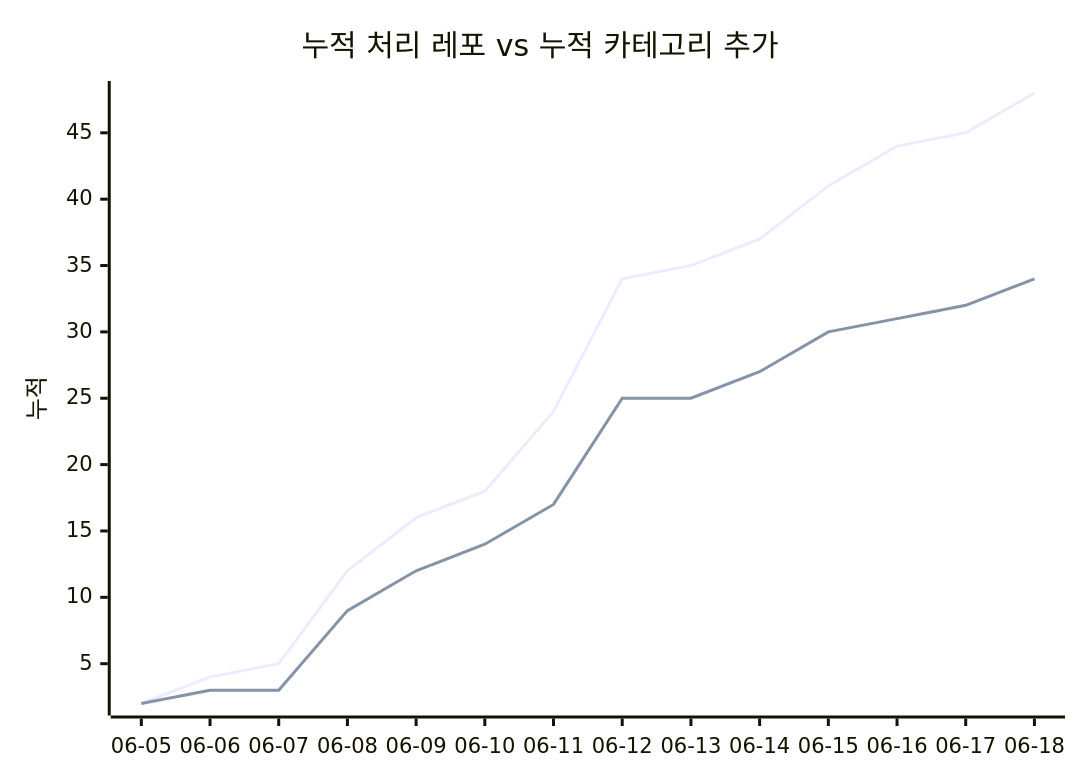
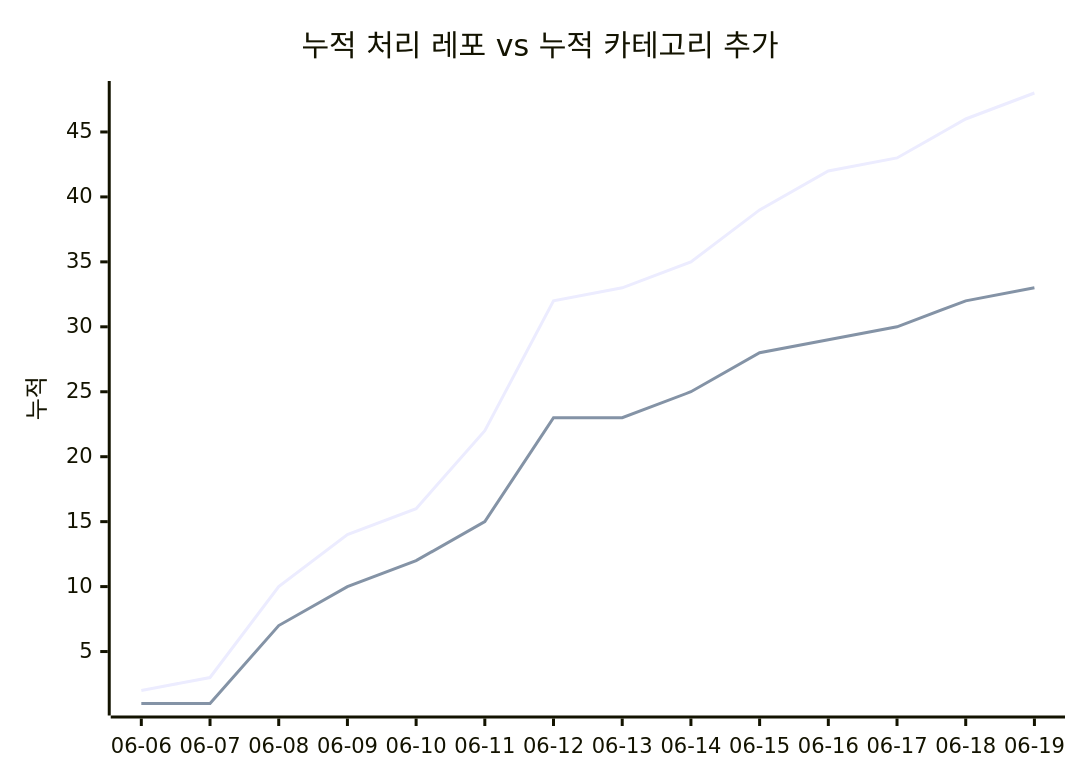
The second of 2 diagrams in docs/trends.md (J-nowcow/awesome-korean-agent-skills), drawn with Mermaid before and after one commit. The commit also changed other lines of this file and 4 other files, not shown here.

````diff
--- a/docs/trends.md
+++ b/docs/trends.md
@@ -68,8 +68,8 @@
 ```mermaid
 xychart-beta
     title "누적 처리 레포 vs 누적 카테고리 추가"
-    x-axis ["06-05","06-06","06-07","06-08","06-09","06-10","06-11","06-12","06-13","06-14","06-15","06-16","06-17","06-18"]
+    x-axis ["06-06","06-07","06-08","06-09","06-10","06-11","06-12","06-13","06-14","06-15","06-16","06-17","06-18","06-19"]
     y-axis "누적"
-    line [2,4,5,12,16,18,24,34,35,37,41,44,45,48]
-    line [2,3,3,9,12,14,17,25,25,27,30,31,32,34]
+    line [2,3,10,14,16,22,32,33,35,39,42,43,46,48]
+    line [1,1,7,10,12,15,23,23,25,28,29,30,32,33]
 ```
````
